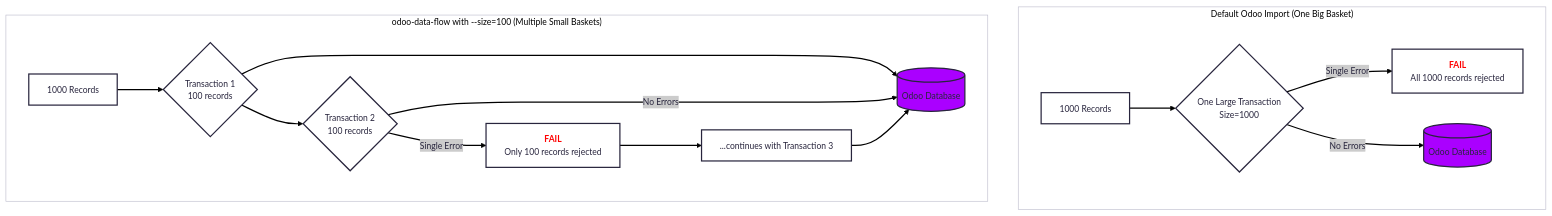
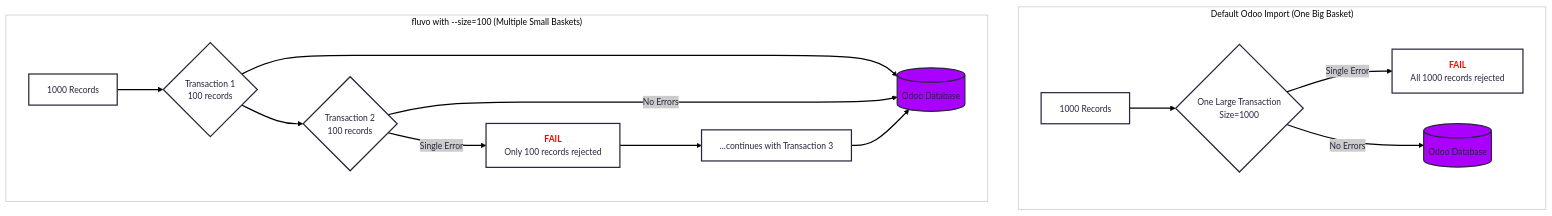
The second of 2 diagrams in docs/guides/performance_tuning.md (GetFluvo/fluvo), drawn with Mermaid before and after one commit. The commit also changed other lines of this file and 144 other files, not shown here.

Commit message:
Rebrand odoo-data-flow → Fluvo; add LGPL attribution (odoo_csv_import) & CLA

````diff
--- a/docs/guides/performance_tuning.md
+++ b/docs/guides/performance_tuning.md
@@ -227,40 +227,40 @@
 ```{mermaid}
 ---
 config:
   theme: redux
 ---
 flowchart TD
   subgraph subGraph0["Default Odoo Import (One Big Basket)"]
           B{"One Large Transaction<br>Size=1000"}
           A["1000 Records"]
           D@{ label: "<font color="red"><b>FAIL</b></font><br>All 1000 records rejected" }
           C["Odoo Database"]
     end
-  subgraph subGraph1["odoo-data-flow with --size=100 (Multiple Small Baskets)"]
+  subgraph subGraph1["fluvo with --size=100 (Multiple Small Baskets)"]
           F{"Transaction 1<br>100 records"}
           E["1000 Records"]
           G["Odoo Database"]
           H{"Transaction 2<br>100 records"}
           I@{ label: "<font color="red"><b>FAIL</b></font><br>Only 100 records rejected" }
           J["...continues with Transaction 3"]
     end
       A --> B
       B -- Single Error --> D
       B -- No Errors --> C
       E --> F
       F --> G & H
       H -- Single Error --> I
       H -- No Errors --> G
       I --> J
       J --> G
 
       D@{ shape: rect}
       C@{ shape: cyl}
       G@{ shape: cyl}
       I@{ shape: rect}
       style C fill:#AA00FF
       style G fill:#AA00FF
       style subGraph0 fill:transparent
       style subGraph1 fill:transparent
 
 ```
````
